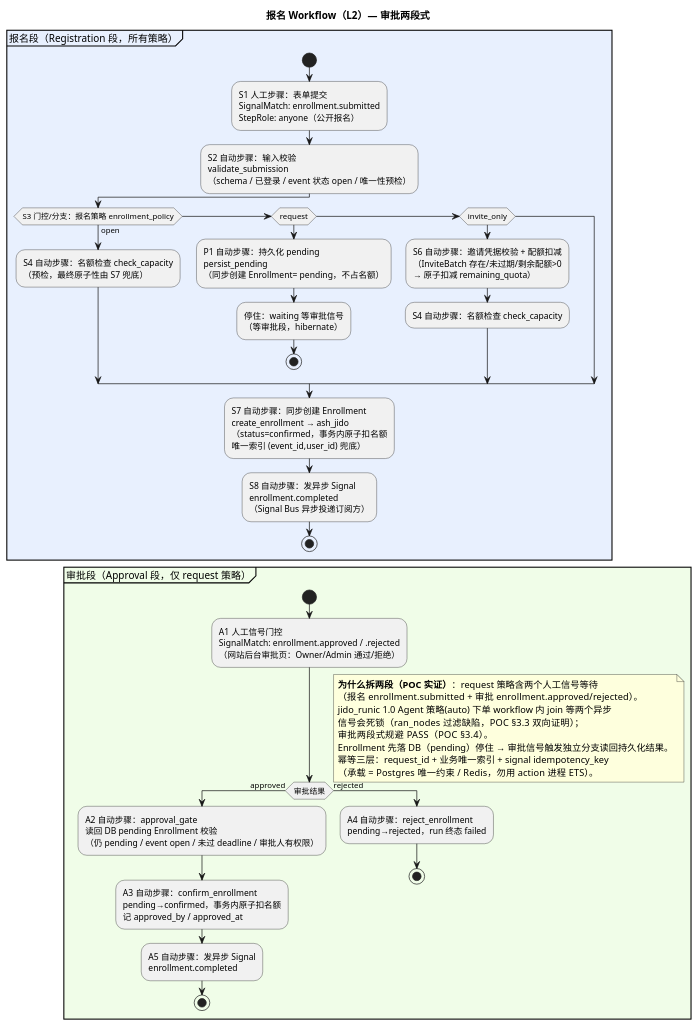
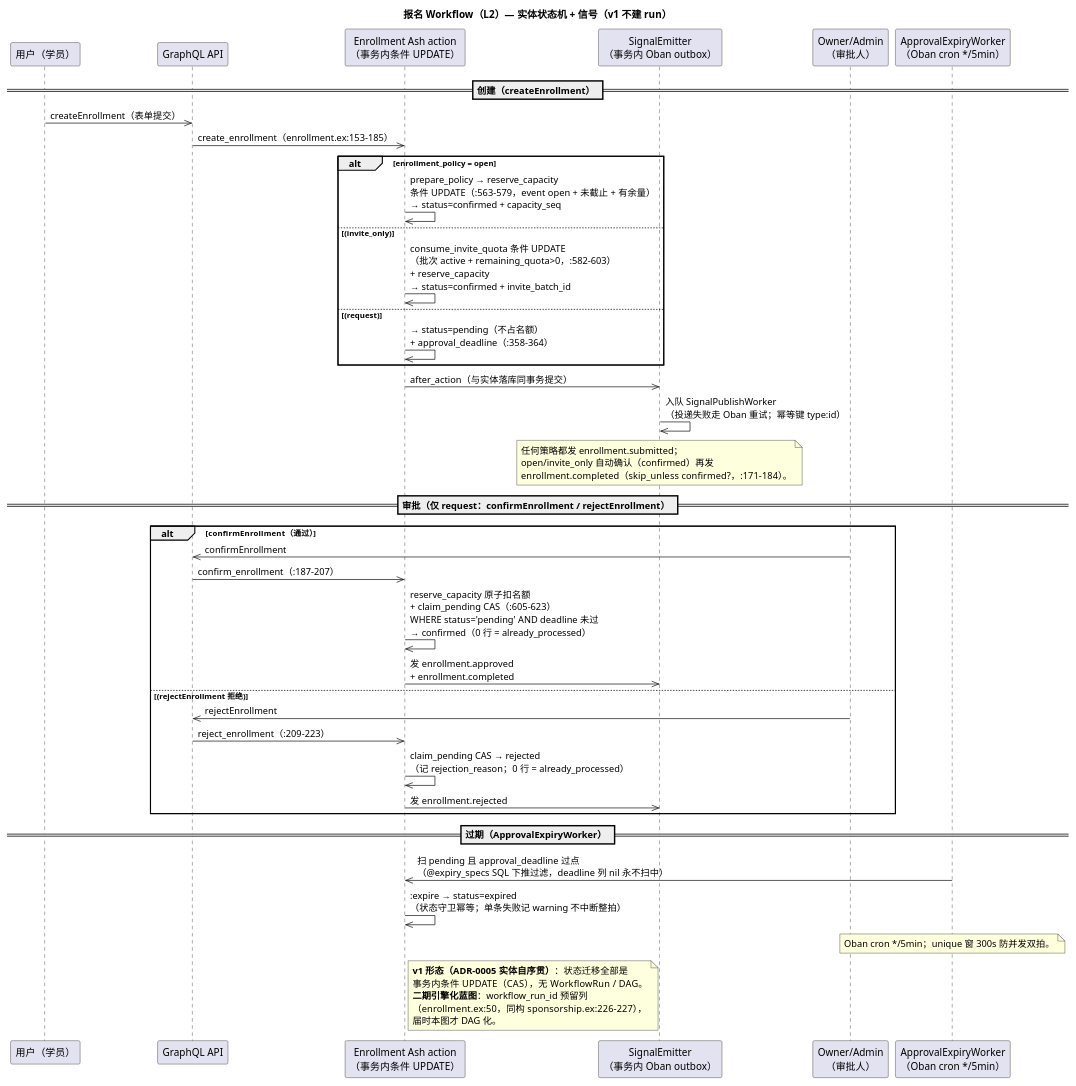
One commit to CodingGirlsClub/cgc_2046 changed the diagram in docs/diagrams/workflow-enrollment.puml. Above: the diagram before and after it, drawn with PlantUML. The commit also changed 31 other files, not shown here.

First line of the commit message:
refactor(workflows): 落实漂移裁决 R2/R3 + 图侧全量还账（R1/R4-R7/R9）

```diff
--- a/docs/diagrams/workflow-enrollment.puml
+++ b/docs/diagrams/workflow-enrollment.puml
@@ -1,57 +1,68 @@
 @startuml workflow-enrollment
 ' ============================================================
-' L2 - 报名 Workflow DAG（type=enrollment）
-' 事实来源：docs/01-定稿设计/报名workflow详细设计.md v1.3 §2.1/§2.2
-' 说明：request 策略必须 审批两段式（报名段 + 审批段），
-'   规避 Agent 层 join 双信号死锁（POC §3.3，规避 PASS §3.4）。
+' L2 - 报名 Workflow（v1：实体状态机 + 信号，不建 WorkflowRun）
+' 事实来源：backend/lib/cgc_2046/events/enrollment.ex:153-223,312-315,
+'   336-425,563-623,727-728 · backend/lib/cgc_2046/changes/signal_emitter.ex:44-63 ·
+'   backend/lib/cgc_2046/workers/approval_expiry_worker.ex:63-70,182-188
+' 说明：v1 拍板实体自序贯（ADR-0005）——创建/审批全部在 Ash action
+'   事务内条件 UPDATE 直接落状态，无 DAG、无 run。
+'   二期引擎化蓝图：workflow_run_id 预留列（enrollment.ex:50，
+'   同构 sponsorship.ex:226-227）。
 ' ============================================================
-title 报名 Workflow（L2）— 审批两段式
+title 报名 Workflow（L2）— 实体状态机 + 信号（v1 不建 run）
 skinparam backgroundColor white
 
-' ---------------- 报名段（Registration 段，所有策略） ----------------
-partition "报名段（Registration 段，所有策略）" #E8F0FE {
-    start
-    :S1 人工步骤：表单提交\nSignalMatch: enrollment.submitted\nStepRole: anyone（公开报名）;
-    :S2 自动步骤：输入校验\nvalidate_submission\n（schema / 已登录 / event 状态 open / 唯一性预检）;
-    if (S3 门控/分支：报名策略 enrollment_policy) then (open)
-        :S4 自动步骤：名额检查 check_capacity\n（预检，最终原子性由 S7 兜底）;
-    elseif (request) then
-        :P1 自动步骤：持久化 pending\npersist_pending\n（同步创建 Enrollment= pending，不占名额）;
-        :停住：waiting 等审批信号\n（等审批段，hibernate）;
-        stop
-    elseif (invite_only) then
-        :S6 自动步骤：邀请凭据校验 + 配额扣减\n（InviteBatch 存在/未过期/剩余配额>0\n→ 原子扣减 remaining_quota）;
-        :S4 自动步骤：名额检查 check_capacity;
-    endif
-    :S7 自动步骤：同步创建 Enrollment\ncreate_enrollment → ash_jido\n（status=confirmed，事务内原子扣名额\n唯一索引 (event_id,user_id) 兜底）;
-    :S8 自动步骤：发异步 Signal\nenrollment.completed\n（Signal Bus 异步投递订阅方）;
-    stop
-}
+participant "用户（学员）" as USER
+participant "GraphQL API" as GQL
+participant "Enrollment Ash action\n（事务内条件 UPDATE）" as ACT
+participant "SignalEmitter\n（事务内 Oban outbox）" as SIG
+participant "Owner/Admin\n（审批人）" as ADMIN
+participant "ApprovalExpiryWorker\n（Oban cron */5min）" as EXP
 
-' ---------------- 审批段（Approval 段，仅 request 策略） ----------------
-partition "审批段（Approval 段，仅 request 策略）" #F0FDE8 {
-    start
-    :A1 人工信号门控\nSignalMatch: enrollment.approved / .rejected\n（网站后台审批页：Owner/Admin 通过/拒绝）;
-    if (审批结果) then (approved)
-        :A2 自动步骤：approval_gate\n读回 DB pending Enrollment 校验\n（仍 pending / event open / 未过 deadline / 审批人有权限）;
-        :A3 自动步骤：confirm_enrollment\npending→confirmed，事务内原子扣名额\n记 approved_by / approved_at;
-        :A5 自动步骤：发异步 Signal\nenrollment.completed;
-        stop
-    else (rejected)
-        :A4 自动步骤：reject_enrollment\npending→rejected，run 终态 failed;
-        stop
-    endif
-}
+== 创建（createEnrollment） ==
+USER ->> GQL: createEnrollment（表单提交）
+GQL ->> ACT: create_enrollment（enrollment.ex:153-185）
+alt enrollment_policy = open
+    ACT ->> ACT: prepare_policy → reserve_capacity\n条件 UPDATE（:563-579，event open + 未截止 + 有余量）\n→ status=confirmed + capacity_seq
+else (invite_only)
+    ACT ->> ACT: consume_invite_quota 条件 UPDATE\n（批次 active + remaining_quota>0，:582-603）\n+ reserve_capacity\n→ status=confirmed + invite_batch_id
+else (request)
+    ACT ->> ACT: → status=pending（不占名额）\n+ approval_deadline（:358-364）
+end
+ACT ->> SIG: after_action（与实体落库同事务提交）
+SIG ->> SIG: 入队 SignalPublishWorker\n（投递失败走 Oban 重试；幂等键 type:id）
+note over SIG
+  任何策略都发 enrollment.submitted；
+  open/invite_only 自动确认（confirmed）再发
+  enrollment.completed（skip_unless confirmed?，:171-184）。
+end note
 
-note right
-  **为什么拆两段（POC 实证）**：request 策略含两个人工信号等待
-  （报名 enrollment.submitted + 审批 enrollment.approved/rejected）。
-  jido_runic 1.0 Agent 策略(auto) 下单 workflow 内 join 等两个异步
-  信号会死锁（ran_nodes 过滤缺陷，POC §3.3 双向证明）；
-  审批两段式规避 PASS（POC §3.4）。
-  Enrollment 先落 DB（pending）停住 → 审批信号触发独立分支读回持久化结果。
-  幂等三层：request_id + 业务唯一索引 + signal idempotency_key
-  （承载 = Postgres 唯一约束 / Redis，勿用 action 进程 ETS）。
+== 审批（仅 request：confirmEnrollment / rejectEnrollment） ==
+alt confirmEnrollment（通过）
+    ADMIN ->> GQL: confirmEnrollment
+    GQL ->> ACT: confirm_enrollment（:187-207）
+    ACT ->> ACT: reserve_capacity 原子扣名额\n+ claim_pending CAS（:605-623）\nWHERE status='pending' AND deadline 未过\n→ confirmed（0 行 = already_processed）
+    ACT ->> SIG: 发 enrollment.approved\n+ enrollment.completed
+else (rejectEnrollment 拒绝)
+    ADMIN ->> GQL: rejectEnrollment
+    GQL ->> ACT: reject_enrollment（:209-223）
+    ACT ->> ACT: claim_pending CAS → rejected\n（记 rejection_reason；0 行 = already_processed）
+    ACT ->> SIG: 发 enrollment.rejected
+end
+
+== 过期（ApprovalExpiryWorker） ==
+EXP ->> ACT: 扫 pending 且 approval_deadline 过点\n（@expiry_specs SQL 下推过滤，deadline 列 nil 永不扫中）
+ACT ->> ACT: :expire → status=expired\n（状态守卫幂等；单条失败记 warning 不中断整拍）
+note over EXP
+  Oban cron */5min；unique 窗 300s 防并发双拍。
+end note
+
+note right of ACT
+  **v1 形态（ADR-0005 实体自序贯）**：状态迁移全部是
+  事务内条件 UPDATE（CAS），无 WorkflowRun / DAG。
+  **二期引擎化蓝图**：workflow_run_id 预留列
+  （enrollment.ex:50，同构 sponsorship.ex:226-227），
+  届时本图才 DAG 化。
 end note
 
 @enduml
```
